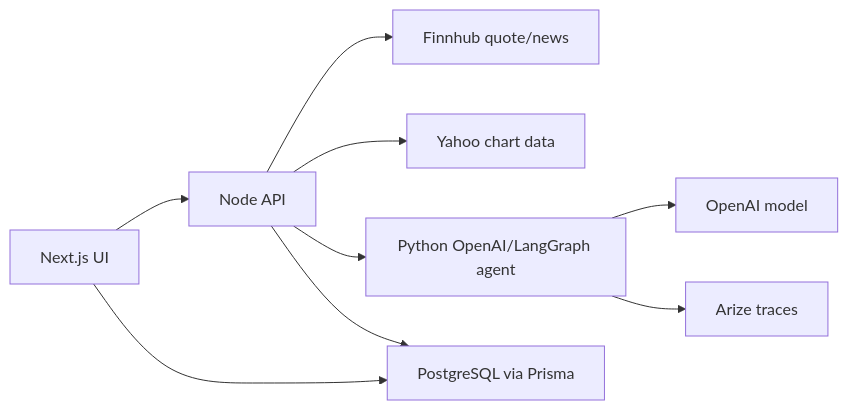
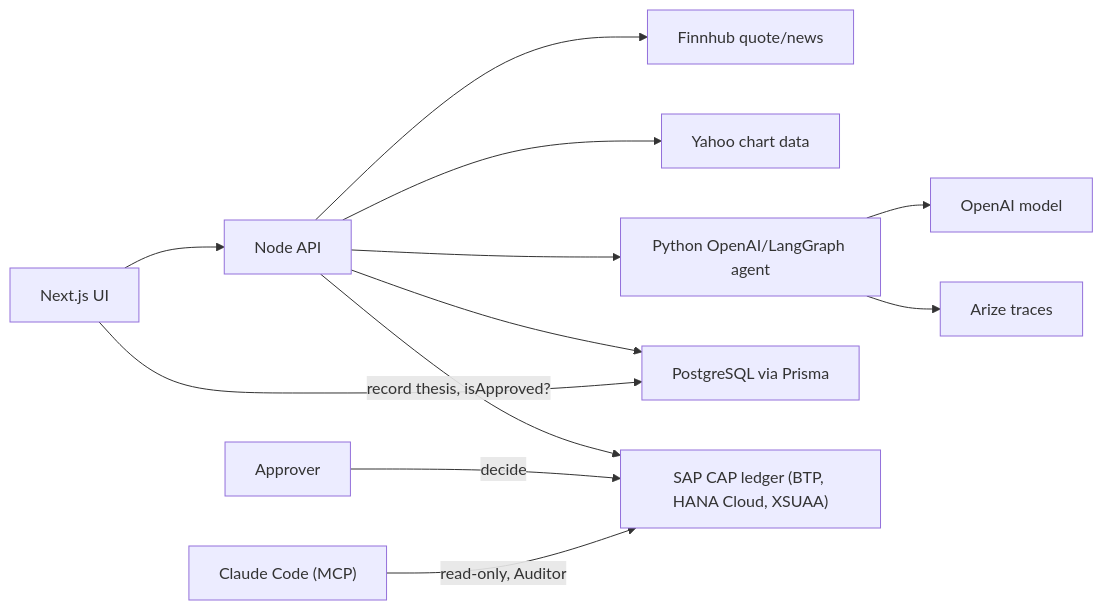
The diagram in README.md (mastroevan/shadow-trader), drawn with Mermaid before and after one commit. The commit also changed other lines of this file and 1 other file, not shown here.

First line of the commit message:
Docs: ledger section, CI badge and build log

````diff
--- a/README.md
+++ b/README.md
@@ -25,11 +28,14 @@
 ```mermaid
 flowchart LR
   UI["Next.js UI"] --> API["Node API"]
   API --> Finnhub["Finnhub quote/news"]
   API --> Yahoo["Yahoo chart data"]
   API --> Agent["Python OpenAI/LangGraph agent"]
   Agent --> OpenAI["OpenAI model"]
   Agent --> Arize["Arize traces"]
   API --> Postgres["PostgreSQL via Prisma"]
   UI --> Postgres
+  API -- "record thesis, isApproved?" --> Ledger["SAP CAP ledger (BTP, HANA Cloud, XSUAA)"]
+  Human["Approver"] -- decide --> Ledger
+  Assistant["Claude Code (MCP)"] -- "read-only, Auditor" --> Ledger
 ```
````
